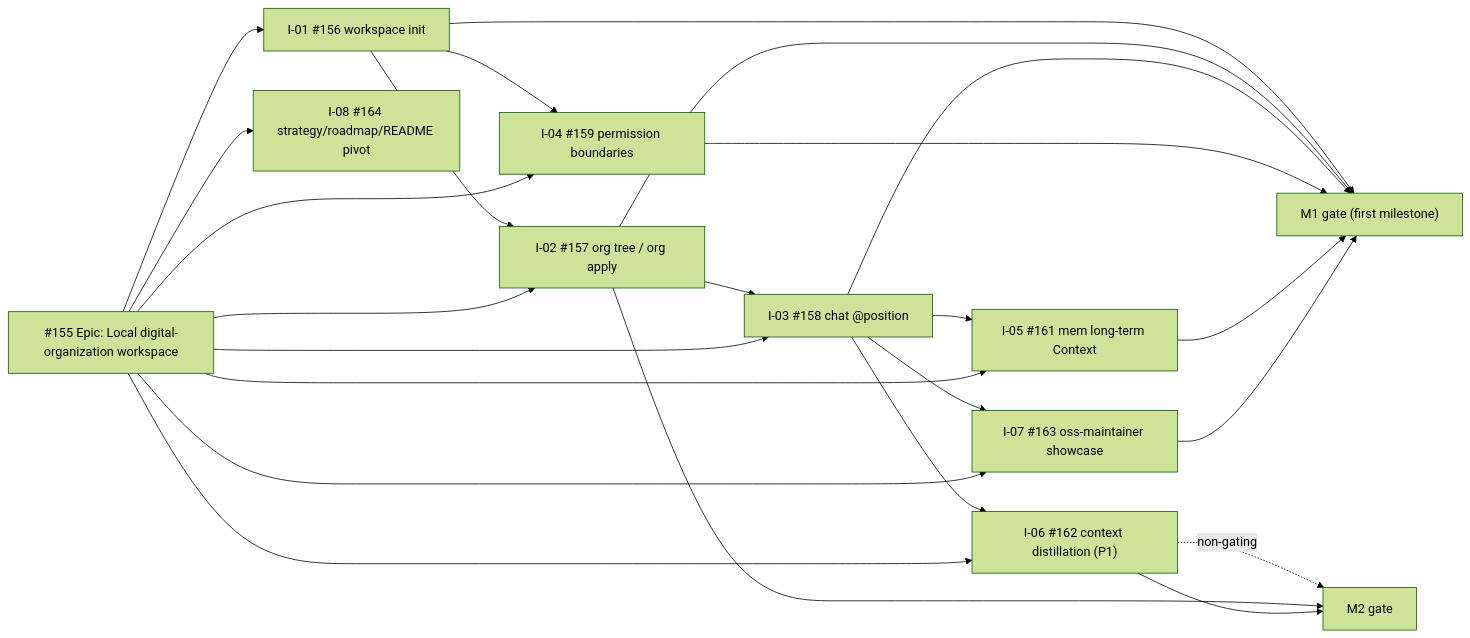
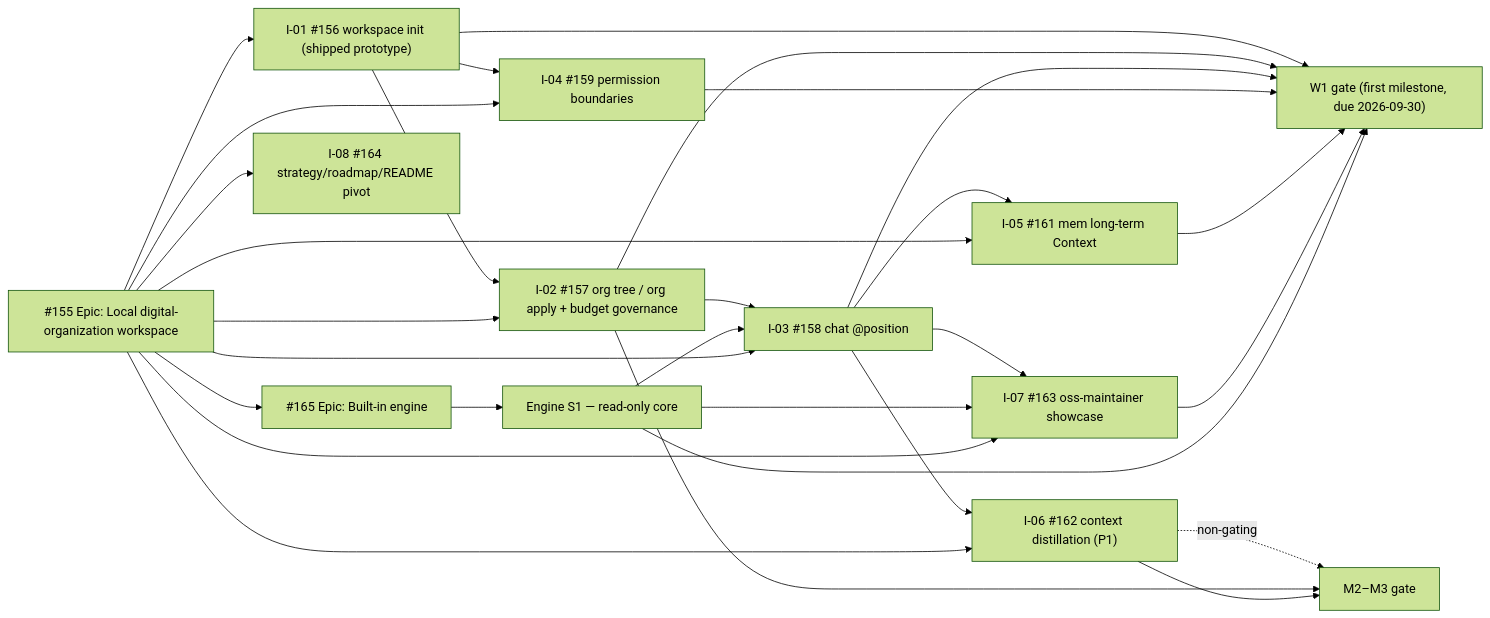
One commit to bytefolk/digital-employee changed the diagram in docs/roadmap.md. Above: the diagram before and after it, drawn with Mermaid (forest theme). The commit also changed other lines of this file and 7 other files, not shown here.

Commit message:
docs(strategy): pivot strategy/roadmap/README to workspace mainline (#164)

````diff
--- a/docs/roadmap.md
+++ b/docs/roadmap.md
@@ -31,28 +34,34 @@
 ```mermaid
 flowchart LR
   E155["#155 Epic: Local digital-organization workspace"]
+  E165["#165 Epic: Built-in engine"]
 
-  I01["I-01 #156 workspace init"] --> I02["I-02 #157 org tree / org apply"]
+  I01["I-01 #156 workspace init (shipped prototype)"] --> I02["I-02 #157 org tree / org apply + budget governance"]
   I02 --> I03["I-03 #158 chat @position"]
   I01 --> I04["I-04 #159 permission boundaries"]
   I03 --> I05["I-05 #161 mem long-term Context"]
   I03 --> I06["I-06 #162 context distillation (P1)"]
   I03 --> I07["I-07 #163 oss-maintainer showcase"]
+  S1["Engine S1 — read-only core"] --> I03
+  S1 --> I07
   E155 --> I01
   E155 --> I02
   E155 --> I03
   E155 --> I04
   E155 --> I05
   E155 --> I06
   E155 --> I07
   E155 --> I08["I-08 #164 strategy/roadmap/README pivot"]
-  I01 --> M1G["M1 gate (first milestone)"]
-  I02 --> M1G
-  I03 --> M1G
-  I04 --> M1G
-  I05 --> M1G
-  I07 --> M1G
-  I06 -. non-gating .-> M2G["M2 gate"]
+  E155 --> E165
+  E165 --> S1
+  I01 --> W1G["W1 gate (first milestone, due 2026-09-30)"]
+  I02 --> W1G
+  I03 --> W1G
+  I04 --> W1G
+  I05 --> W1G
+  I07 --> W1G
+  S1 --> W1G
+  I06 -. non-gating .-> M2G["M2–M3 gate"]
   I02 --> M2G
   I06 --> M2G
 ```
````
